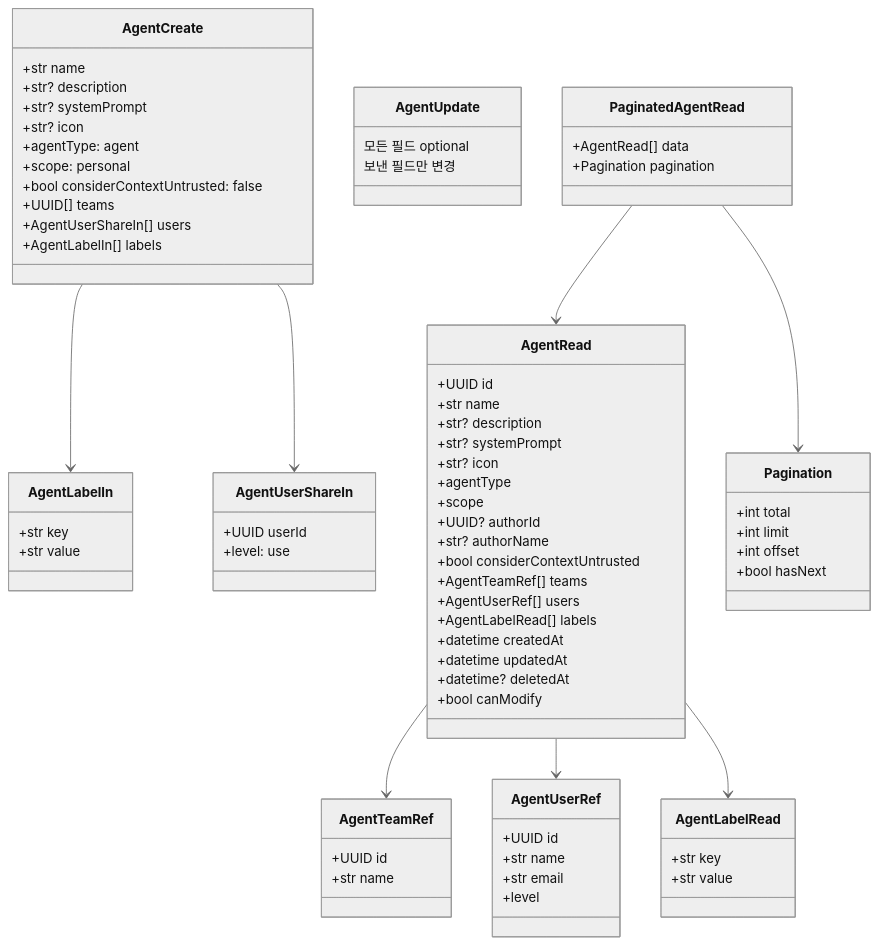
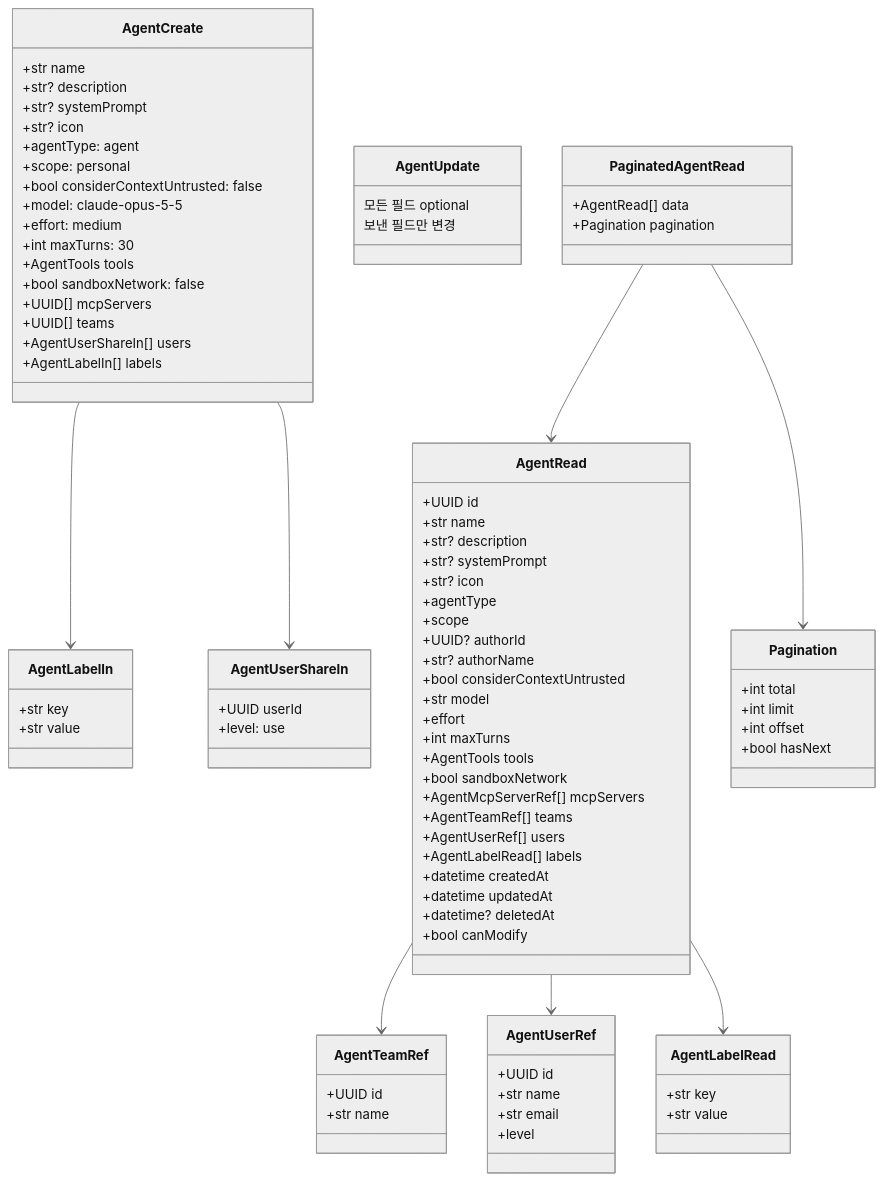
One commit to cloud-jeong/agent-manager changed the fourth of 5 diagrams in docs/data-model.md. Above: the diagram before and after it, drawn with Mermaid (neutral theme). The commit also changed other lines of this file and 3 other files, not shown here.

```diff
--- a/docs/data-model.md
+++ b/docs/data-model.md
@@ -201,6 +301,12 @@
         +agentType: agent
         +scope: personal
         +bool considerContextUntrusted: false
+        +model: claude-opus-5-5
+        +effort: medium
+        +int maxTurns: 30
+        +AgentTools tools
+        +bool sandboxNetwork: false
+        +UUID[] mcpServers
         +UUID[] teams
         +AgentUserShareIn[] users
         +AgentLabelIn[] labels
@@ -220,6 +326,12 @@
         +UUID? authorId
         +str? authorName
         +bool considerContextUntrusted
+        +str model
+        +effort
+        +int maxTurns
+        +AgentTools tools
+        +bool sandboxNetwork
+        +AgentMcpServerRef[] mcpServers
         +AgentTeamRef[] teams
         +AgentUserRef[] users
         +AgentLabelRead[] labels
```
